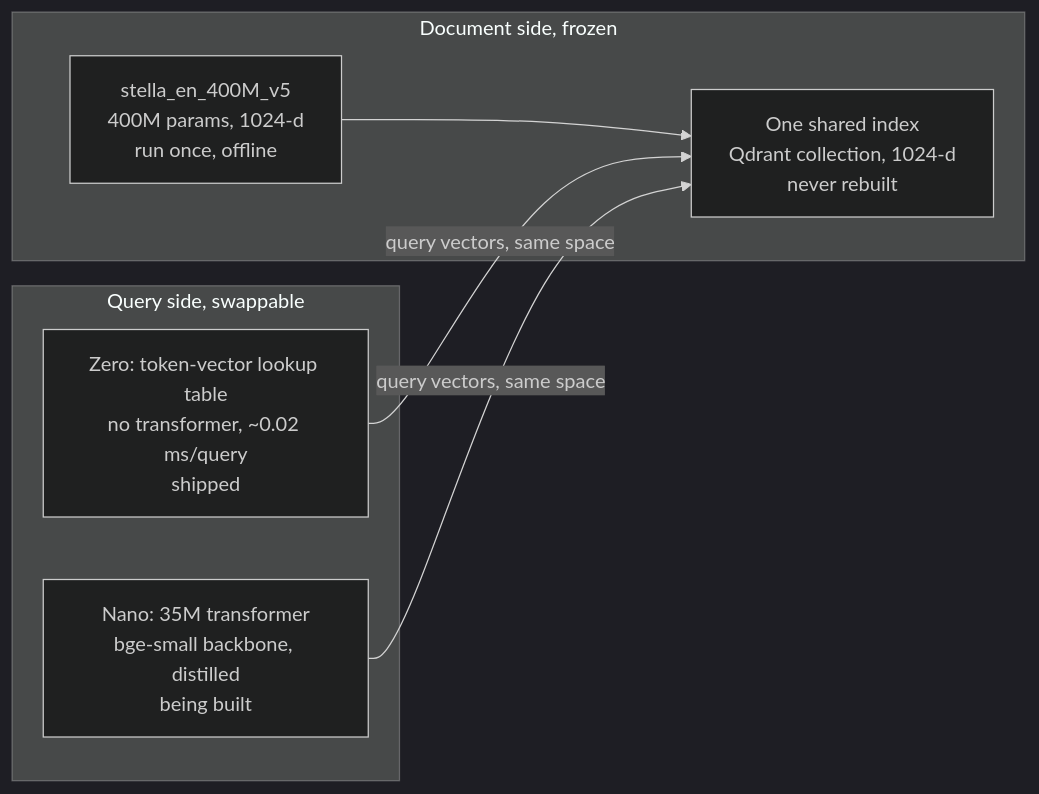
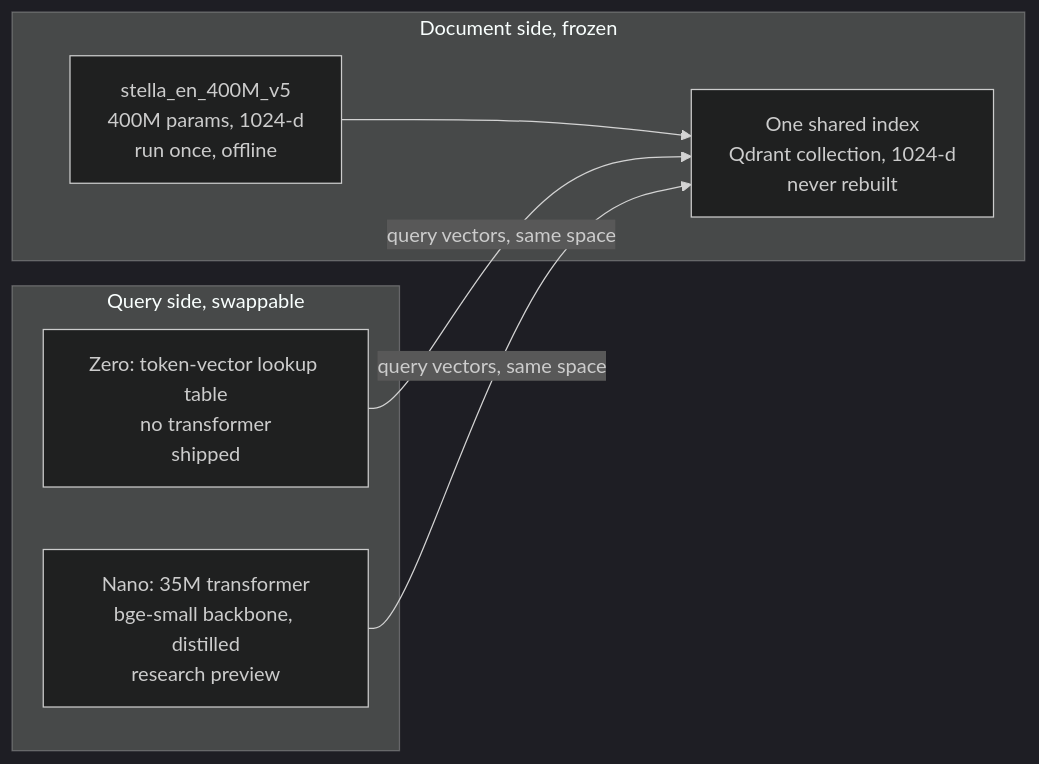
One commit to Dylancouzon/asymmetric-dual-encoders changed the first of 2 diagrams in research/constella-in-plain-english.md. Above: the diagram before and after it, drawn with Mermaid (dark theme). The commit also changed other lines of this file and 12 other files, not shown here.

````diff
--- a/research/constella-in-plain-english.md
+++ b/research/constella-in-plain-english.md
@@ -23,12 +26,12 @@
 ```mermaid
 flowchart LR
     subgraph doc["Document side, frozen"]
         S["stella_en_400M_v5<br/>400M params, 1024-d<br/>run once, offline"] --> IDX["One shared index<br/>Qdrant collection, 1024-d<br/>never rebuilt"]
     end
     subgraph q["Query side, swappable"]
-        Z["Zero: token-vector lookup table<br/>no transformer, ~0.02 ms/query<br/>shipped"]
-        N["Nano: 35M transformer<br/>bge-small backbone, distilled<br/>being built"]
+        Z["Zero: token-vector lookup table<br/>no transformer<br/>shipped"]
+        N["Nano: 35M transformer<br/>bge-small backbone, distilled<br/>research preview"]
     end
     Z -- "query vectors, same space" --> IDX
     N -- "query vectors, same space" --> IDX
 ```
````
